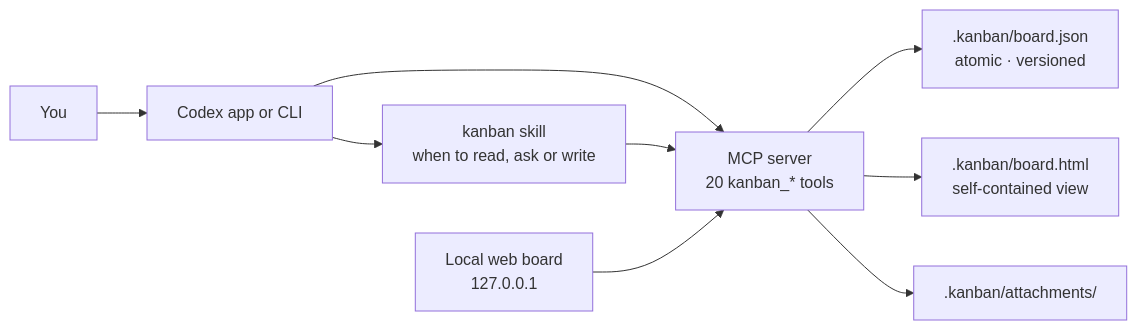
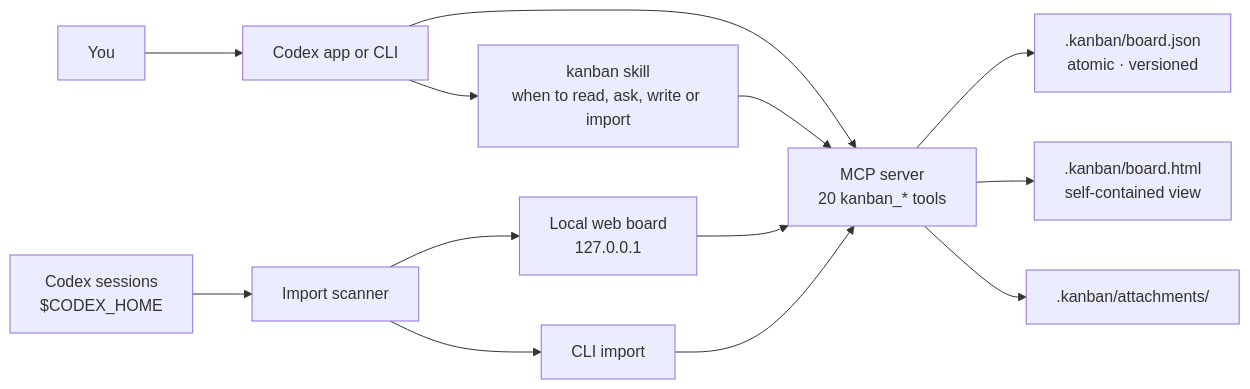
One commit to SilasSolivagus/codex-kanban changed the diagram in README.md. Above: the diagram before and after it, drawn with Mermaid. The commit also changed other lines of this file and 3 other files, not shown here.

````diff
--- a/README.md
+++ b/README.md
@@ -212,11 +208,15 @@
 ```mermaid
 flowchart LR
   U[You] --> A[Codex app or CLI]
-  A --> S[kanban skill<br/>when to read, ask or write]
+  A --> S[kanban skill<br/>when to read, ask, write or import]
   A --> M[MCP server<br/>20 kanban_* tools]
   S --> M
   W[Local web board<br/>127.0.0.1] --> M
+  I[Codex sessions<br/>$CODEX_HOME] --> P[Import scanner]
+  P --> W
+  P --> C[CLI import]
+  C --> M
   M --> B[".kanban/board.json<br/>atomic · versioned"]
   M --> H[".kanban/board.html<br/>self-contained view"]
   M --> F[".kanban/attachments/"]
 ```
````
